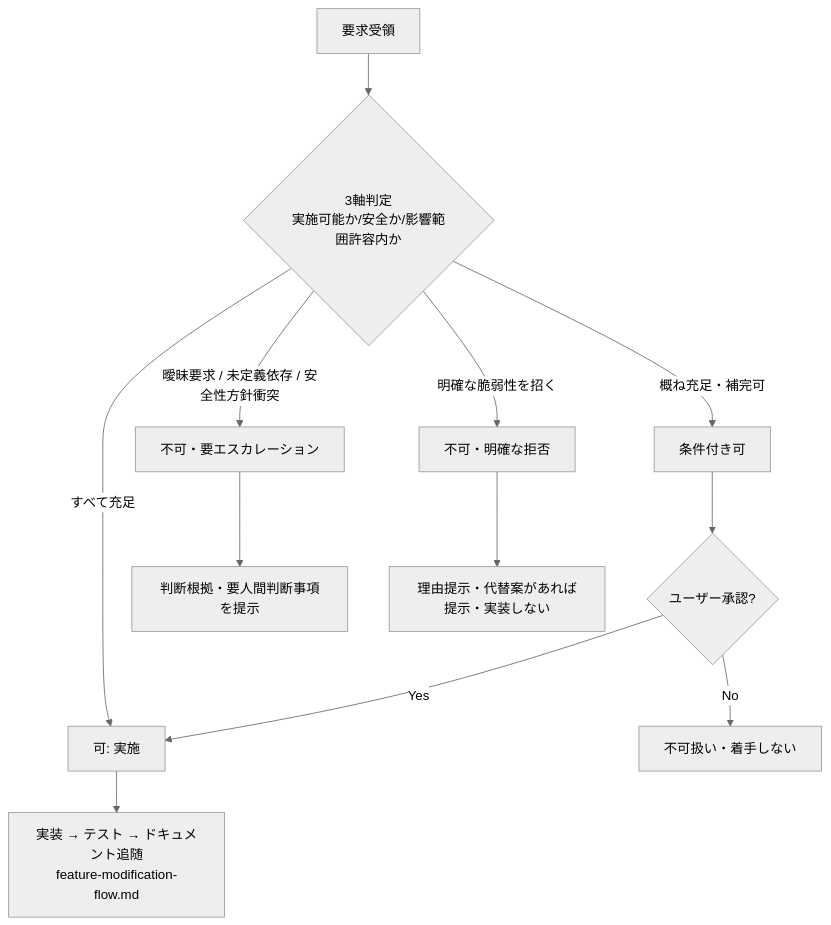
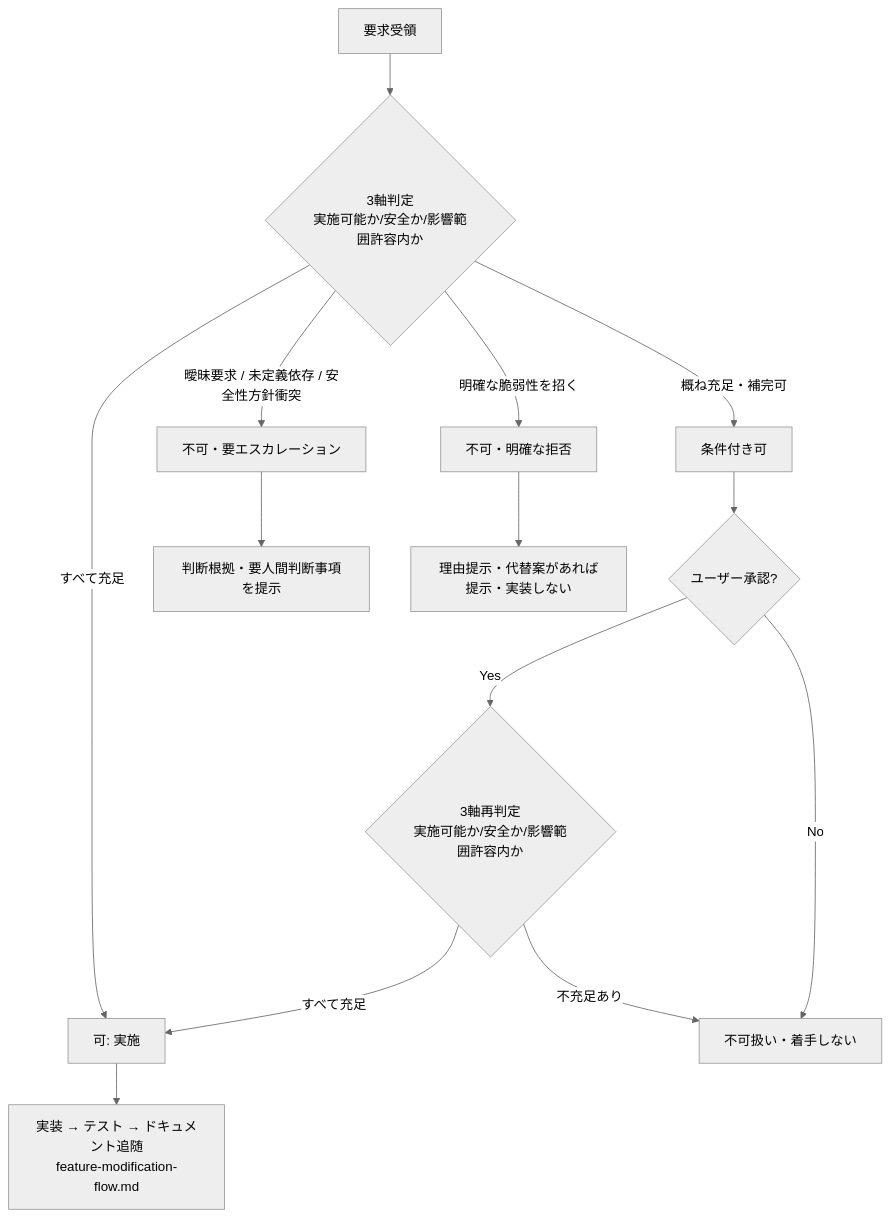
One commit to Fandhe-AI/fandhe-backend changed the diagram in docs/design/feasibility-guardrail.md. Above: the diagram before and after it, drawn with Mermaid (neutral theme). The commit also changed other lines of this file and 1 other file, not shown here.

````diff
--- a/docs/design/feasibility-guardrail.md
+++ b/docs/design/feasibility-guardrail.md
@@ -168,14 +177,16 @@
 ```mermaid
 flowchart TD
     A[要求受領] --> B{3軸判定<br/>実施可能か/安全か/影響範囲許容内か}
     B -->|すべて充足| C[可: 実施]
     B -->|概ね充足・補完可| D[条件付き可]
     D --> E{ユーザー承認?}
-    E -->|Yes| C
+    E -->|Yes| R{3軸再判定<br/>実施可能か/安全か/影響範囲許容内か}
+    R -->|すべて充足| C
+    R -->|不充足あり| F
     E -->|No| F[不可扱い・着手しない]
     B -->|曖昧要求 / 未定義依存 / 安全性方針衝突| G[不可・要エスカレーション]
     B -->|明確な脆弱性を招く| H[不可・明確な拒否]
     G --> I[判断根拠・要人間判断事項を提示]
     H --> J[理由提示・代替案があれば提示・実装しない]
     C --> K[実装 → テスト → ドキュメント追随<br/>feature-modification-flow.md]
 ```
````
